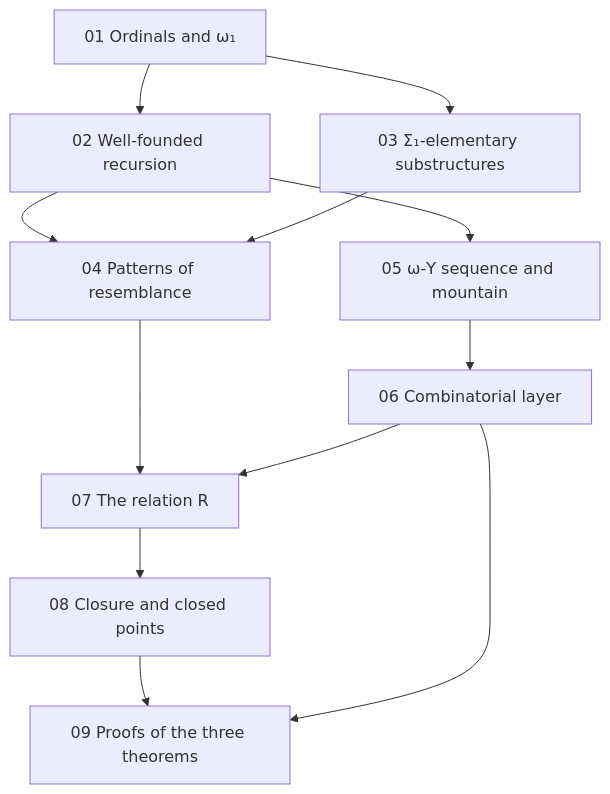
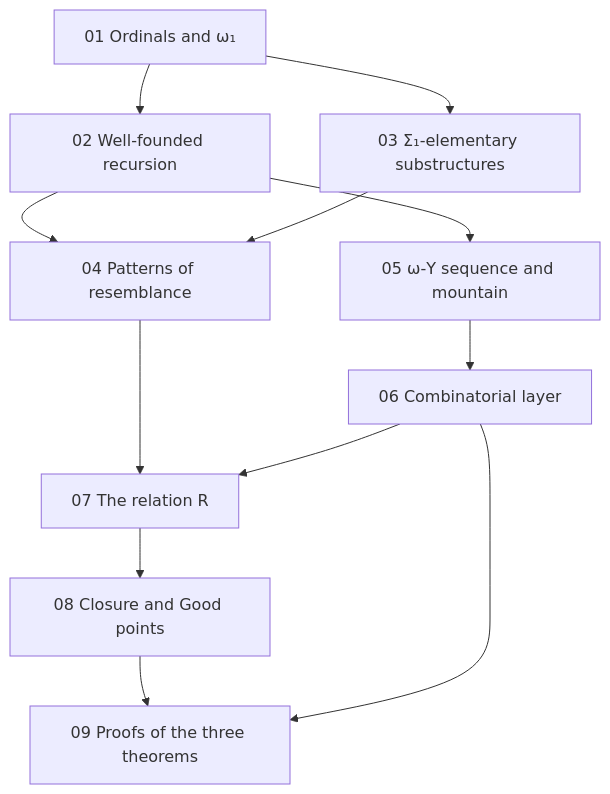
The diagram in study/en/README.md (koteitan/wmwy-wo-por), drawn with Mermaid before and after one commit. The commit also changed other lines of this file and 19 other files, not shown here.

````diff
--- a/study/en/README.md
+++ b/study/en/README.md
@@ -32,14 +29,14 @@
 ```mermaid
 flowchart TB
   N01["01 Ordinals and ω₁"] --> N02["02 Well-founded recursion"]
   N01 --> N03["03 Σ₁-elementary substructures"]
   N02 --> N04["04 Patterns of resemblance"]
   N03 --> N04
   N02 --> N05["05 ω-Y sequence and mountain"]
   N05 --> N06["06 Combinatorial layer"]
   N04 --> N07["07 The relation R"]
   N06 --> N07
-  N07 --> N08["08 Closure and closed points"]
+  N07 --> N08["08 Closure and Good points"]
   N08 --> N09["09 Proofs of the three theorems"]
   N06 --> N09
 ```
````
